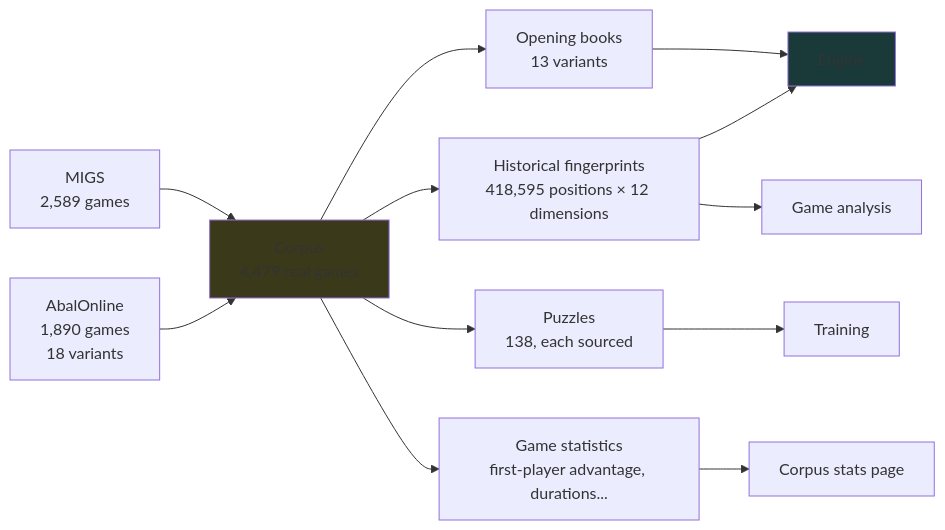
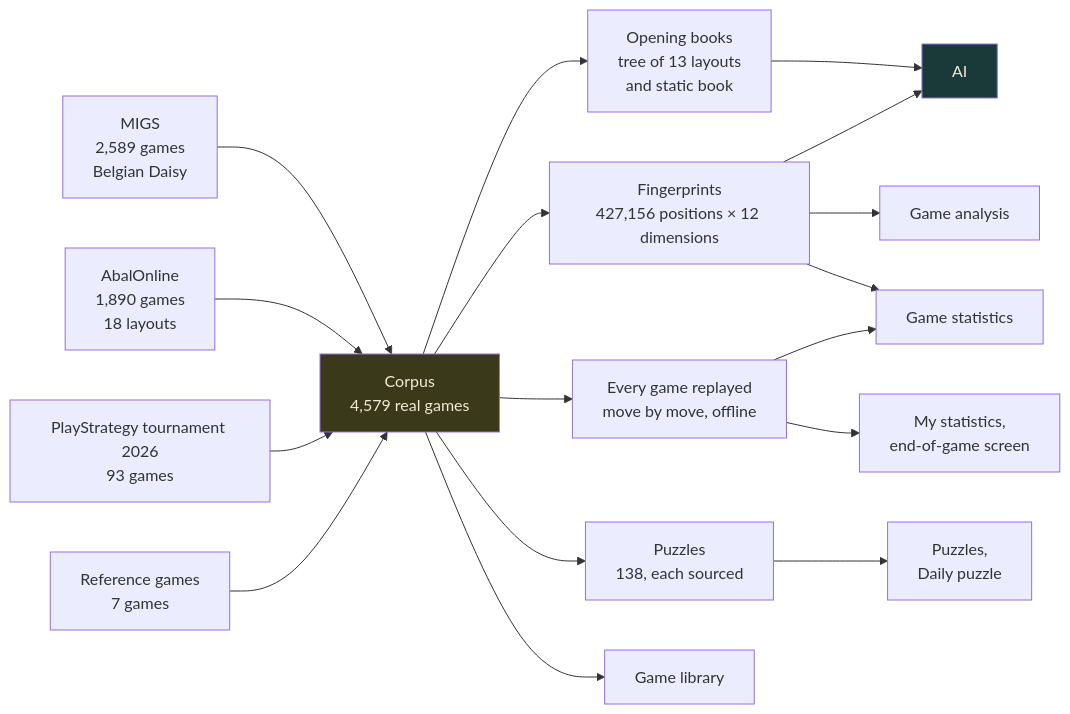
Before and after one commit to ocj94/Abalassembly: the second of 3 diagrams in docs-en/Architecture.en.md, drawn with Mermaid. The commit also changed other lines of this file and 17 other files, not shown here.

First line of the commit message:
v2.66 : la page Architecture remise a jour -- verifiee contre le code (elle datait de la v2.39), lisible sur telephone, en anglais

````diff
--- a/docs-en/Architecture.en.md
+++ b/docs-en/Architecture.en.md
@@ -52,19 +60,24 @@
 ```mermaid
 flowchart LR
-    S1[MIGS<br/>2,589 games] --> C[Corpus<br/>4,479 real games]
-    S2[AbalOnline<br/>1,890 games<br/>18 variants] --> C
+    S1[MIGS<br/>2,589 games<br/>Belgian Daisy] --> C[Corpus<br/>4,579 real games]
+    S2[AbalOnline<br/>1,890 games<br/>18 layouts] --> C
+    S3[PlayStrategy tournament 2026<br/>93 games] --> C
+    S4[Reference games<br/>7 games] --> C
 
-    C --> O[Opening books<br/>13 variants]
-    C --> E[Historical fingerprints<br/>418,595 positions × 12 dimensions]
+    C --> O[Opening books<br/>tree of 13 layouts<br/>and static book]
+    C --> E[Fingerprints<br/>427,156 positions × 12 dimensions]
+    C --> R[Every game replayed<br/>move by move, offline]
     C --> P[Puzzles<br/>138, each sourced]
-    C --> ST[Game statistics<br/>first-player advantage, durations...]
+    C --> L[Game library]
 
-    O --> AI[Engine]
+    O --> AI[AI]
+    E --> AI
     E --> AN[Game analysis]
-    E --> AI
-    P --> EN[Training]
-    ST --> W[Corpus stats page]
+    E --> ST[Game statistics]
+    R --> ST
+    R --> MS[My statistics,<br/>end-of-game screen]
+    P --> PB[Puzzles,<br/>Daily puzzle]
 
-    style C fill:#3a3a1a
-    style AI fill:#1a3a3a
+    style C fill:#3a3a1a,color:#f0ead6
+    style AI fill:#1a3a3a,color:#f0ead6
 ```
````
